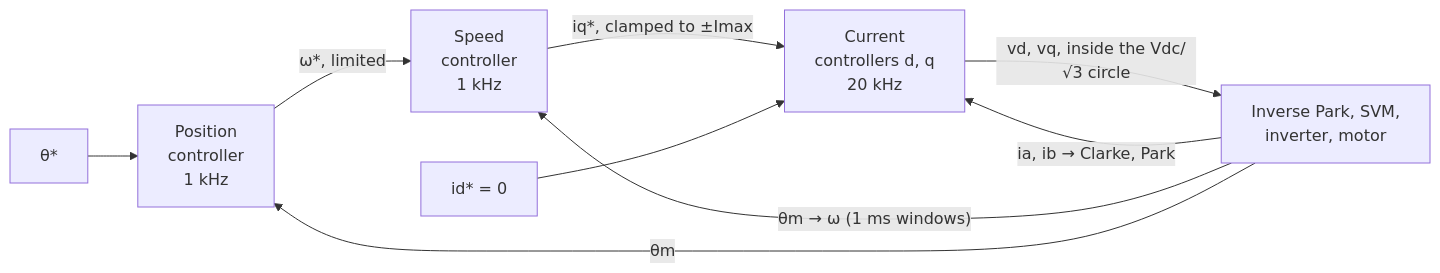
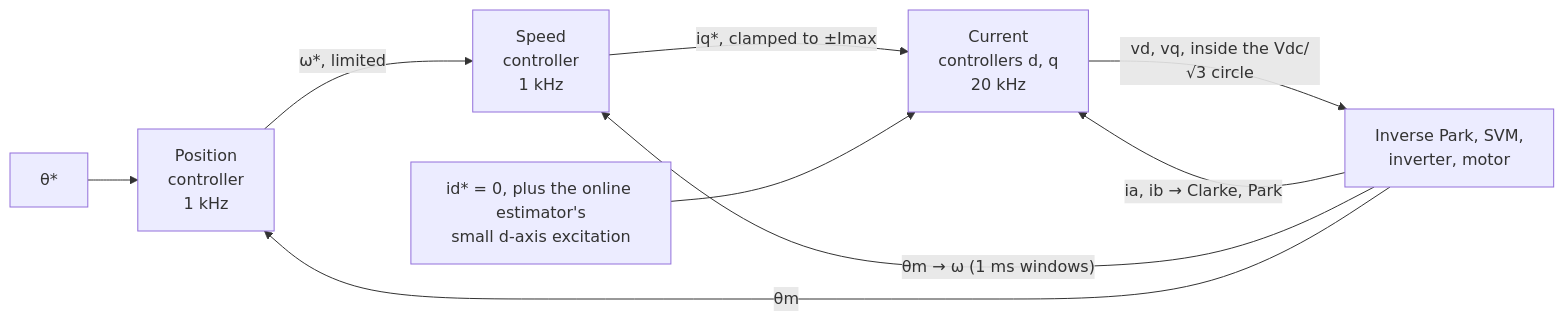
Before and after one commit to embedded-pro/e-foc: the second of 3 diagrams in documentation/theory/closed-loop-control.md, drawn with Mermaid. The commit also changed other lines of this file and 9 other files, not shown here.

````diff
--- a/documentation/theory/closed-loop-control.md
+++ b/documentation/theory/closed-loop-control.md
@@ -136,11 +137,11 @@
 ```mermaid
 graph LR
     TH["θ*"] --> POS["Position<br/>controller<br/>1 kHz"]
     POS -->|"ω*, limited"| SPD["Speed<br/>controller<br/>1 kHz"]
     SPD -->|"iq*, clamped to ±Imax"| CUR["Current<br/>controllers d, q<br/>20 kHz"]
-    ID["id* = 0"] --> CUR
+    ID["id* = 0, plus the online estimator's<br/>small d-axis excitation"] --> CUR
     CUR -->|"vd, vq, inside the Vdc/√3 circle"| MOT["Inverse Park, SVM,<br/>inverter, motor"]
     MOT -->|"ia, ib → Clarke, Park"| CUR
     MOT -->|"θm → ω (1 ms windows)"| SPD
     MOT -->|"θm"| POS
 ```
````
